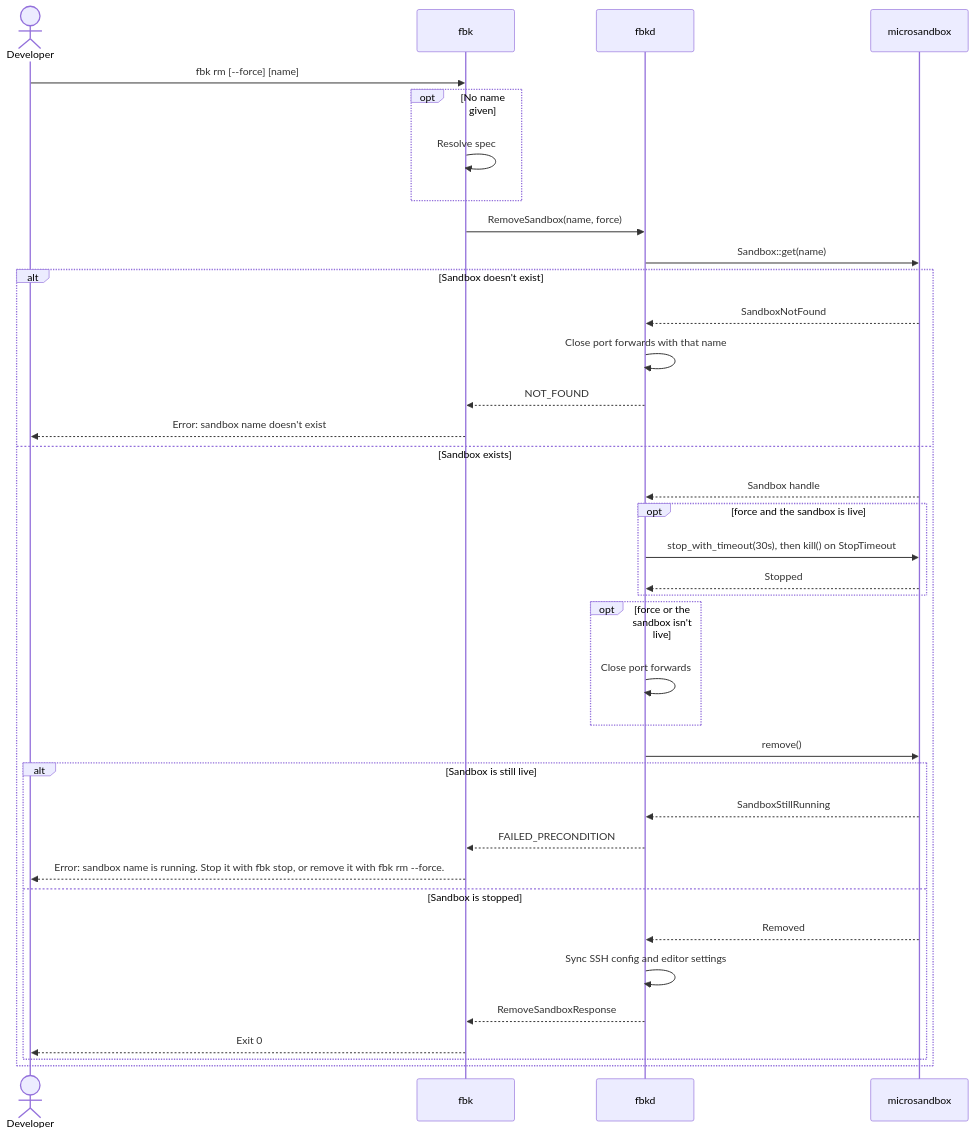
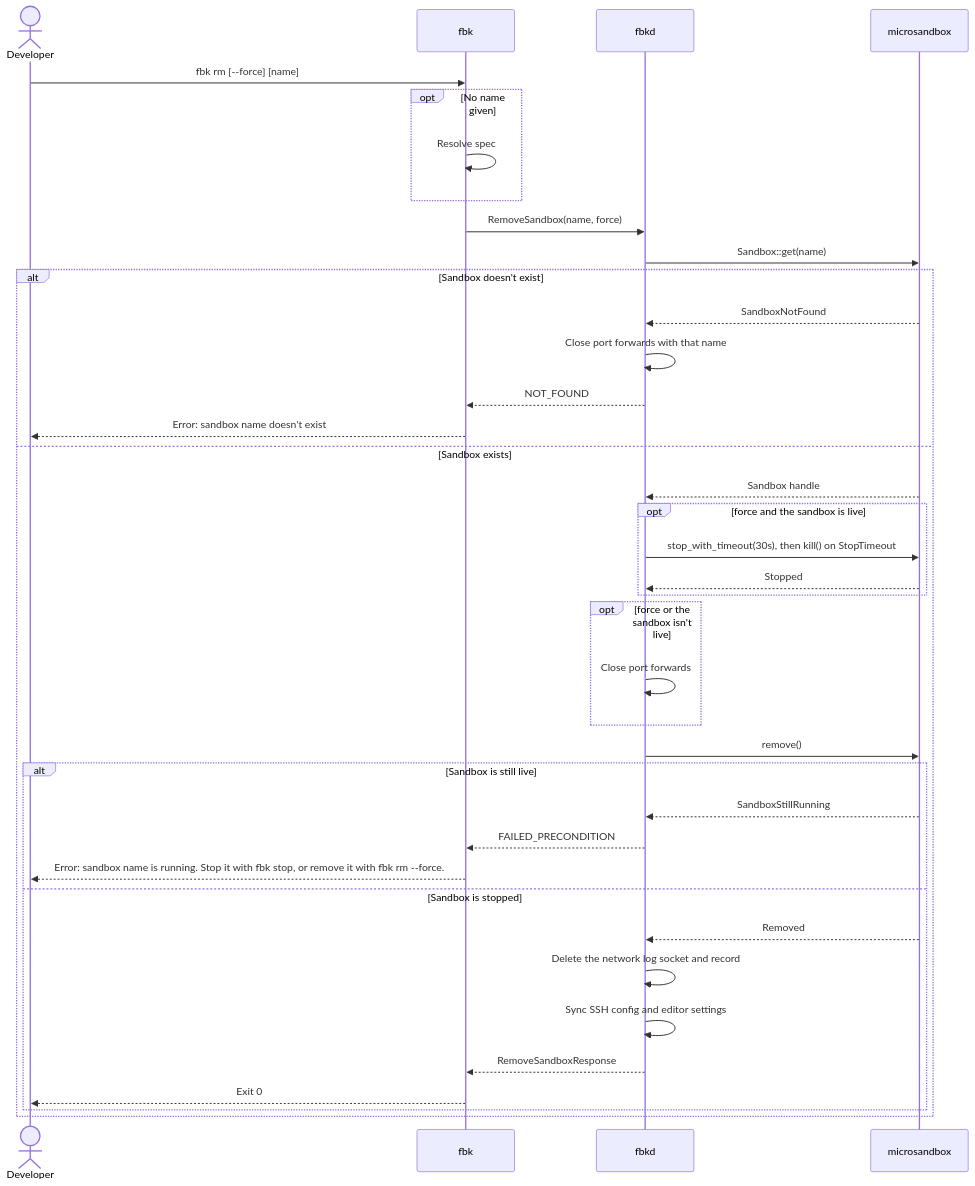
The third of 11 diagrams in docs/architecture/06-runtime-view.md (wmeints/firebrick), drawn with Mermaid before and after one commit. The commit also changed other lines of this file and 13 other files, not shown here.

````diff
--- a/docs/architecture/06-runtime-view.md
+++ b/docs/architecture/06-runtime-view.md
@@ -203,40 +204,41 @@
 ```mermaid
 sequenceDiagram
     actor Dev as Developer
     participant CLI as fbk
     participant D as fbkd
     participant MS as microsandbox
 
     Dev->>CLI: fbk rm [--force] [name]
     opt No name given
         CLI->>CLI: Resolve spec
     end
     CLI->>D: RemoveSandbox(name, force)
     D->>MS: Sandbox::get(name)
     alt Sandbox doesn't exist
         MS-->>D: SandboxNotFound
         D->>D: Close port forwards with that name
         D-->>CLI: NOT_FOUND
         CLI-->>Dev: Error: sandbox name doesn't exist
     else Sandbox exists
         MS-->>D: Sandbox handle
         opt force and the sandbox is live
             D->>MS: stop_with_timeout(30s), then kill() on StopTimeout
             MS-->>D: Stopped
         end
         opt force or the sandbox isn't live
             D->>D: Close port forwards
         end
         D->>MS: remove()
         alt Sandbox is still live
             MS-->>D: SandboxStillRunning
             D-->>CLI: FAILED_PRECONDITION
             CLI-->>Dev: Error: sandbox name is running. Stop it with fbk stop, or remove it with fbk rm --force.
         else Sandbox is stopped
             MS-->>D: Removed
+            D->>D: Delete the network log socket and record
             D->>D: Sync SSH config and editor settings
             D-->>CLI: RemoveSandboxResponse
             CLI-->>Dev: Exit 0
         end
     end
 ```
````
